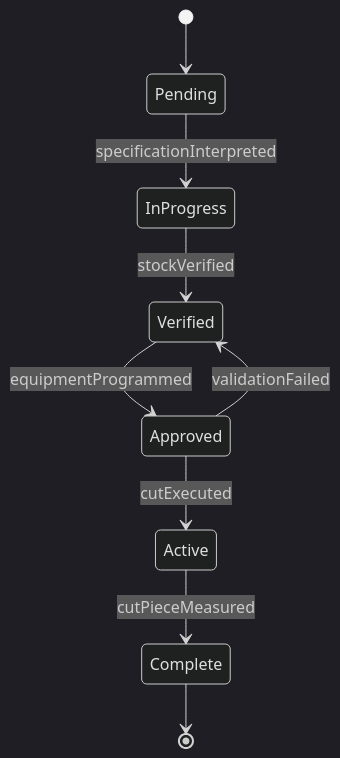
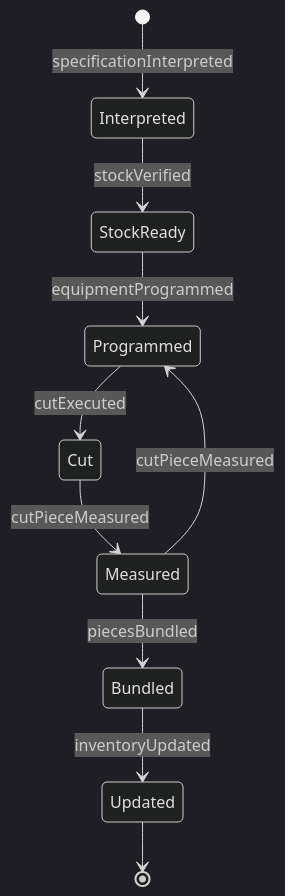
One commit to dot-org-ai/tasks.org.ai changed the second of 4 diagrams in HandlingAndMovingObjects/CutMaterials/CutMaterialsAccordingSpecificationsNeeds.mdx. Above: the diagram before and after it, drawn with Mermaid (dark theme). The commit also changed other lines of this file and 515 other files, not shown here.

````diff
--- a/HandlingAndMovingObjects/CutMaterials/CutMaterialsAccordingSpecificationsNeeds.mdx
+++ b/HandlingAndMovingObjects/CutMaterials/CutMaterialsAccordingSpecificationsNeeds.mdx
@@ -98,11 +99,12 @@
 ```mermaid
 stateDiagram-v2
-    [*] --> Pending
-    Pending --> InProgress : specificationInterpreted
-    InProgress --> Verified : stockVerified
-    Verified --> Approved : equipmentProgrammed
-    Approved --> Active : cutExecuted
-    Active --> Complete : cutPieceMeasured
-    Approved --> Verified : validationFailed
-    Complete --> [*]
+    [*] --> Interpreted : specificationInterpreted
+    Interpreted --> StockReady : stockVerified
+    StockReady --> Programmed : equipmentProgrammed
+    Programmed --> Cut : cutExecuted
+    Cut --> Measured : cutPieceMeasured
+    Measured --> Bundled : piecesBundled
+    Bundled --> Updated : inventoryUpdated
+    Measured --> Programmed : cutPieceMeasured
+    Updated --> [*]
 ```
````
